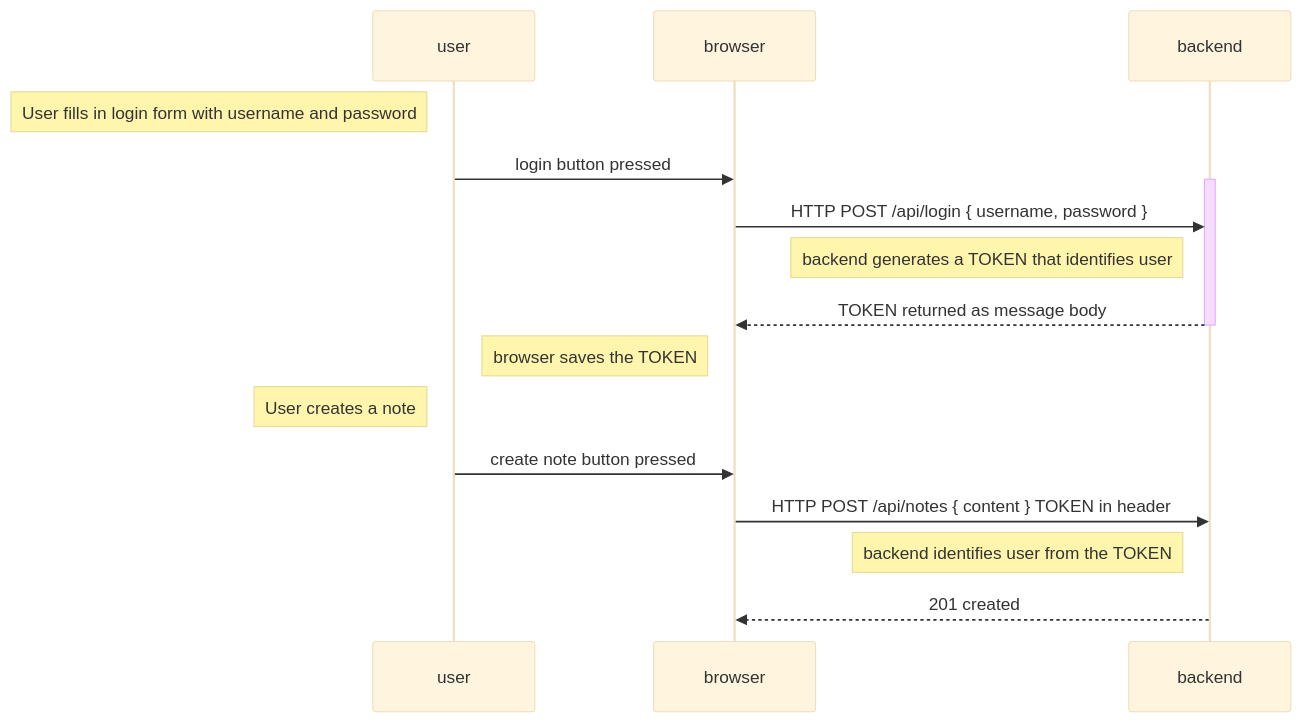
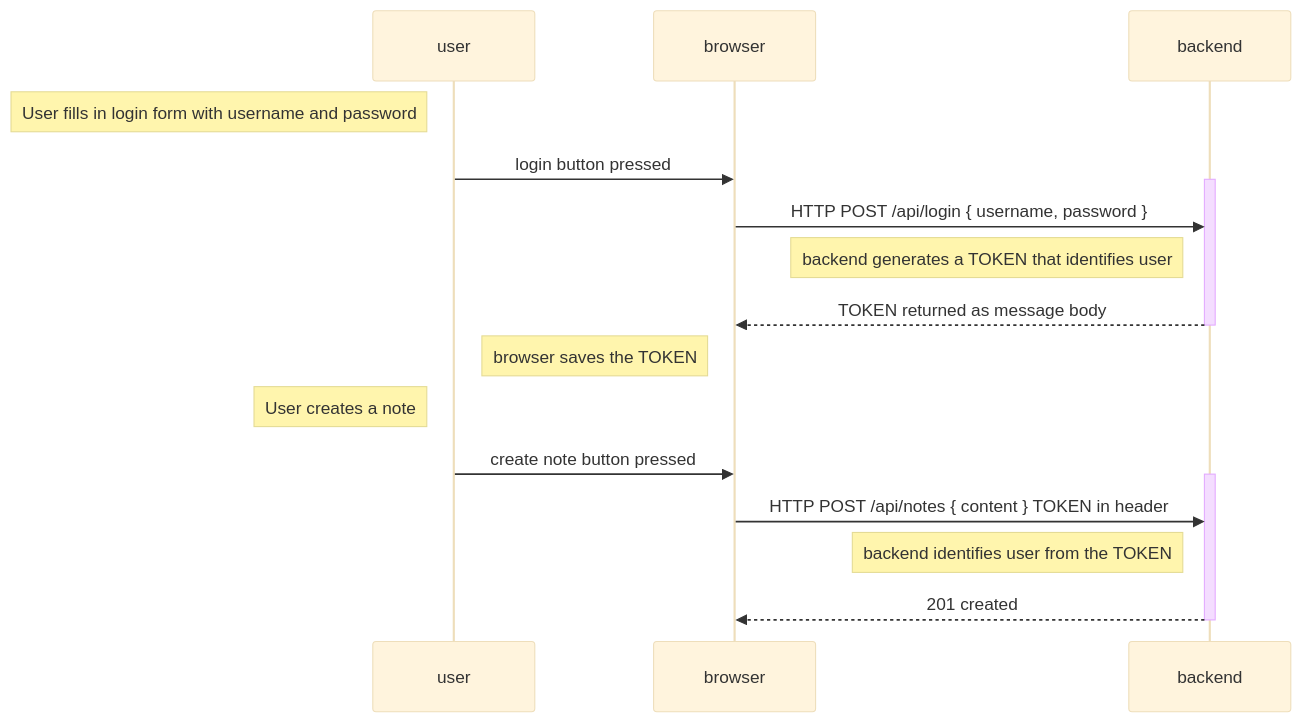
Before and after one commit to fullstack-hy2020/misc: the third of 3 diagrams in README.md, drawn with Mermaid (base theme).

````diff
--- a/README.md
+++ b/README.md
@@ -54,26 +54,28 @@
 ```mermaid
 sequenceDiagram
     participant user
     participant browser
     participant backend
     
     Note left of user: User fills in login form with username and password
     user->>browser: login button pressed
     
     activate backend
     browser->>backend: HTTP POST /api/login { username, password }
     
     Note left of backend: backend generates a TOKEN that identifies user
     backend-->>browser: TOKEN returned as message body
     deactivate backend
     
     Note left of browser: browser saves the TOKEN
     
-    Note left of user: User creates a note
+    Note left of user: User creates a note 
+    user ->> browser: create note button pressed
     
-    user ->> browser: create note button pressed
+    activate backend
     browser ->> backend: HTTP POST /api/notes { content } TOKEN in header
     Note left of backend: backend identifies user from the TOKEN
 
     backend -->> browser: 201 created
+    deactivate backend
 ```
````
